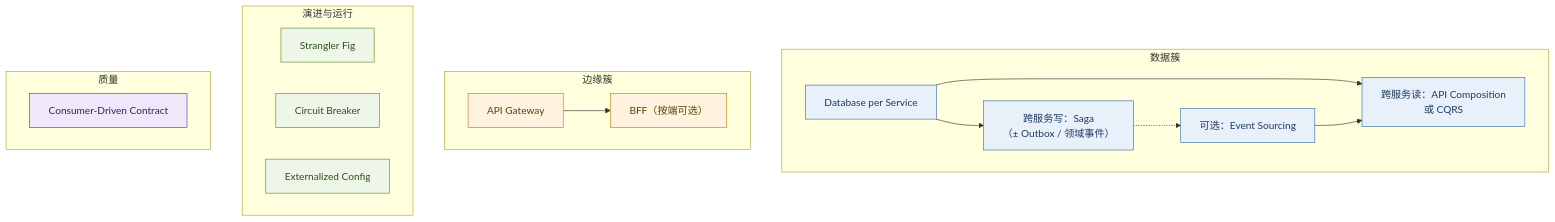
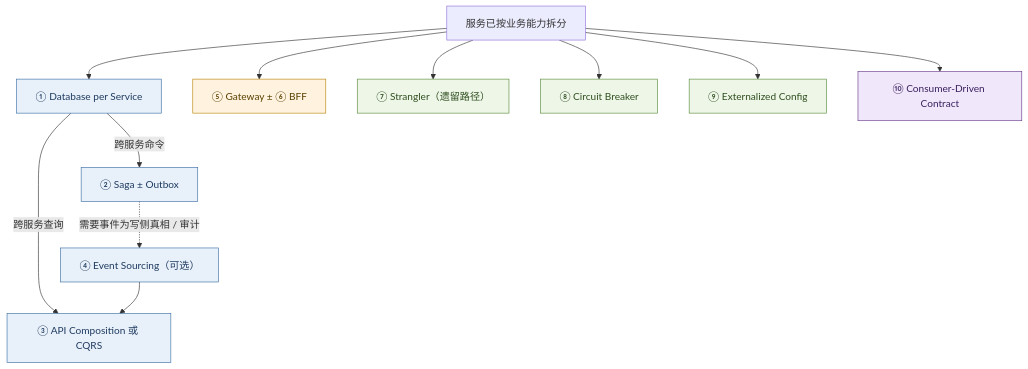
Before and after one commit to xiaxinyu/knowledge_base: the second of 3 diagrams in 20-architecture/21-service-architecture-evolution.md, drawn with Mermaid. The commit also changed other lines of this file, not shown here.

````diff
--- a/20-architecture/21-service-architecture-evolution.md
+++ b/20-architecture/21-service-architecture-evolution.md
@@ -188,26 +227,18 @@
 ```mermaid
 flowchart TB
   classDef data fill:#e8f1fa,stroke:#3b6ea5,color:#1f3a5f
   classDef edge fill:#fff3e0,stroke:#b8860b,color:#5a4200
   classDef ops fill:#eef6e8,stroke:#5a8a3a,color:#2f4f1f
   classDef test fill:#f0e8fa,stroke:#6a3a8a,color:#3a1f5f
 
-  subgraph dataCluster ["数据簇"]
-    D1["Database per Service"]:::data
-    D1 --> W["跨服务写：Saga<br/>（± Outbox / 领域事件）"]:::data
-    D1 --> R["跨服务读：API Composition<br/>或 CQRS"]:::data
-    W -.-> ES["可选：Event Sourcing"]:::data
-    ES --> R
-  end
-  subgraph edgeCluster ["边缘簇"]
-    G["API Gateway"]:::edge --> BFF["BFF（按端可选）"]:::edge
-  end
-  subgraph opsCluster ["演进与运行"]
-    S["Strangler Fig"]:::ops
-    CB["Circuit Breaker"]:::ops
-    CFG["Externalized Config"]:::ops
-  end
-  subgraph quality ["质量"]
-    CDC["Consumer-Driven Contract"]:::test
-  end
+  Split["服务已按业务能力拆分"] --> D1["① Database per Service"]:::data
+  D1 -->|"跨服务命令"| Saga["② Saga ± Outbox"]:::data
+  D1 -->|"跨服务查询"| Read["③ API Composition 或 CQRS"]:::data
+  Saga -.->|"需要事件为写侧真相 / 审计"| ES["④ Event Sourcing（可选）"]:::data
+  ES --> Read
+  Split --> Edge["⑤ Gateway ± ⑥ BFF"]:::edge
+  Split --> Mig["⑦ Strangler（遗留路径）"]:::ops
+  Split --> CB["⑧ Circuit Breaker"]:::ops
+  Split --> Cfg["⑨ Externalized Config"]:::ops
+  Split --> CDC["⑩ Consumer-Driven Contract"]:::test
 ```
````
